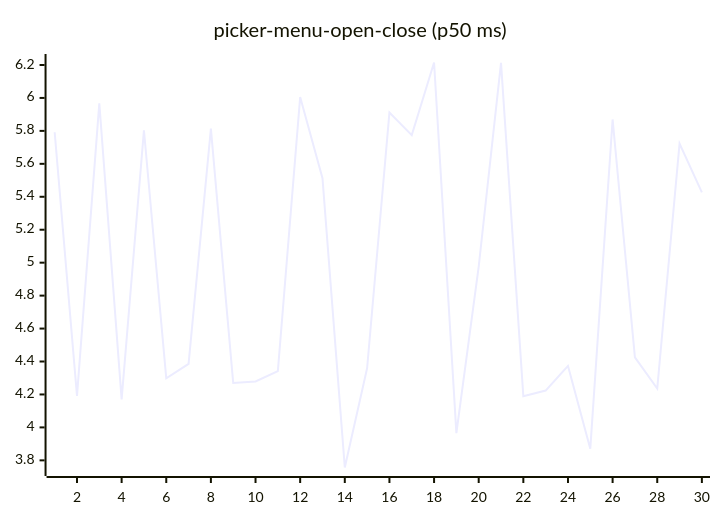
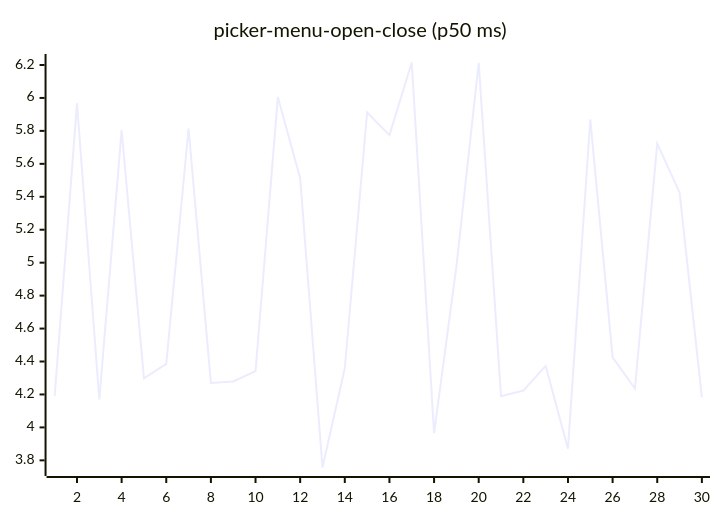
Before and after one commit to josha/Facet: diagram 16 of 27 in README.md, drawn with Mermaid. The commit also changed other lines of this file and 2 other files, not shown here.

````diff
--- a/README.md
+++ b/README.md
@@ -168,6 +168,6 @@
 ```mermaid
 xychart-beta
     title "picker-menu-open-close (p50 ms)"
     x-axis 1 --> 30
-    line [5.7919, 4.1912, 5.9674, 4.1698, 5.8037, 4.2981, 4.3851, 5.8139, 4.2694, 4.2792, 4.3416, 6.0052, 5.5122, 3.7566, 4.3593, 5.9114, 5.7740, 6.2151, 3.9652, 4.9760, 6.2132, 4.1891, 4.2236, 4.3733, 3.8708, 5.8694, 4.4248, 4.2362, 5.7230, 5.4264]
+    line [4.1912, 5.9674, 4.1698, 5.8037, 4.2981, 4.3851, 5.8139, 4.2694, 4.2792, 4.3416, 6.0052, 5.5122, 3.7566, 4.3593, 5.9114, 5.7740, 6.2151, 3.9652, 4.9760, 6.2132, 4.1891, 4.2236, 4.3733, 3.8708, 5.8694, 4.4248, 4.2362, 5.7230, 5.4264, 4.1828]
 ```
````
